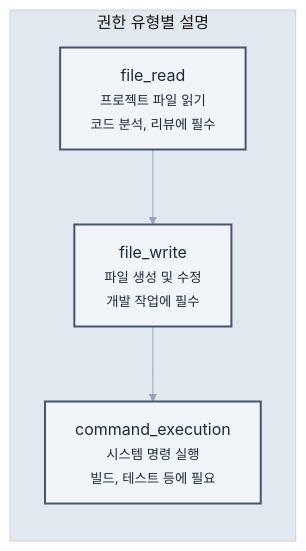
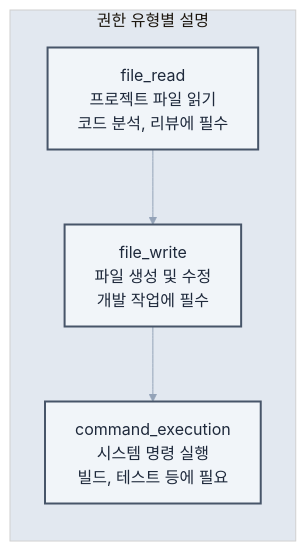
Before and after one commit to revfactory/claude-code-mastering: the third of 6 diagrams in book/02-chapter2.md, drawn with Mermaid. The commit also changed other lines of this file and 10 other files, not shown here.

First line of the commit message:
fix: 챕터 2-13 Mermaid 다이어그램 텍스트 렌더링 최적화

````diff
--- a/book/02-chapter2.md
+++ b/book/02-chapter2.md
@@ -280,17 +280,17 @@
 ```mermaid
-%%{init: {"theme": "base", "themeVariables": {"primaryColor": "#f8fafc", "primaryTextColor": "#1e293b", "primaryBorderColor": "#e2e8f0", "lineColor": "#94a3b8", "secondaryColor": "#f1f5f9", "tertiaryColor": "#e2e8f0"}}}%%
+%%{init: {"theme": "base", "themeVariables": {"primaryColor": "#f8fafc", "primaryTextColor": "#1e293b", "primaryBorderColor": "#e2e8f0", "lineColor": "#94a3b8", "secondaryColor": "#f1f5f9", "tertiaryColor": "#e2e8f0"}, "flowchart": {"htmlLabels": false, "useMaxWidth": false}}}%%
 graph TB
     subgraph permissions ["권한 유형별 설명"]
         direction TB
-        A["file_read<br/><small>프로젝트 파일 읽기<br/>코드 분석, 리뷰에 필수</small>"]
-        B["file_write<br/><small>파일 생성 및 수정<br/>개발 작업에 필수</small>"]
-        C["command_execution<br/><small>시스템 명령 실행<br/>빌드, 테스트 등에 필요</small>"]
+        A["file_read<br/>프로젝트 파일 읽기<br/>코드 분석, 리뷰에 필수"]
+        B["file_write<br/>파일 생성 및 수정<br/>개발 작업에 필수"]
+        C["command_execution<br/>시스템 명령 실행<br/>빌드, 테스트 등에 필요"]
         
         A --> B
         B --> C
     end
     
     classDef permissionStyle fill:#f1f5f9,stroke:#475569,stroke-width:2px,color:#1e293b
     
     class A,B,C permissionStyle
 ```
````
